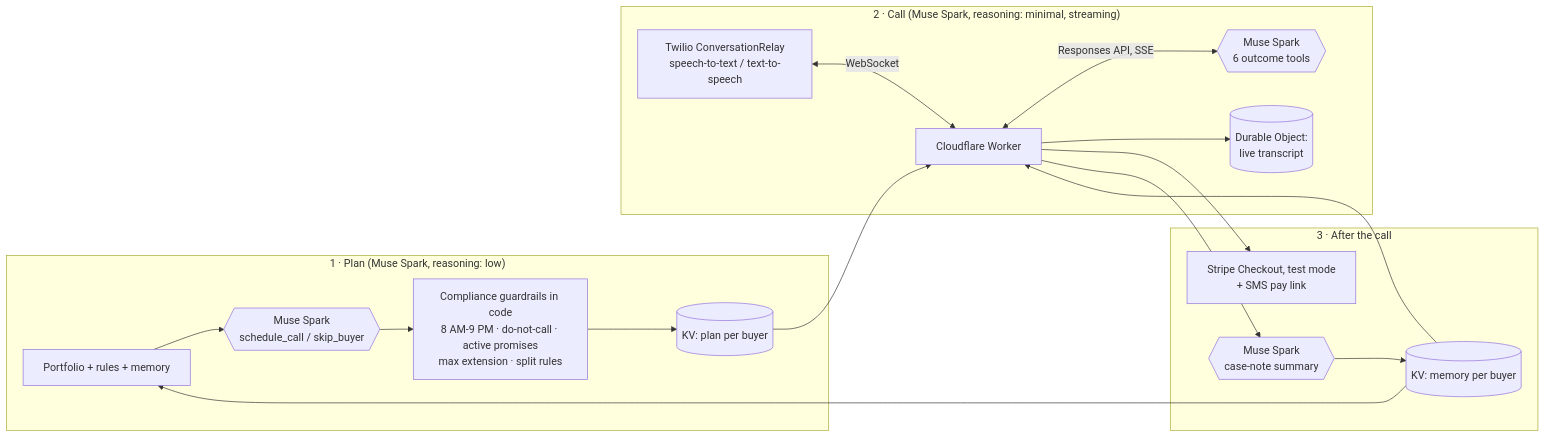
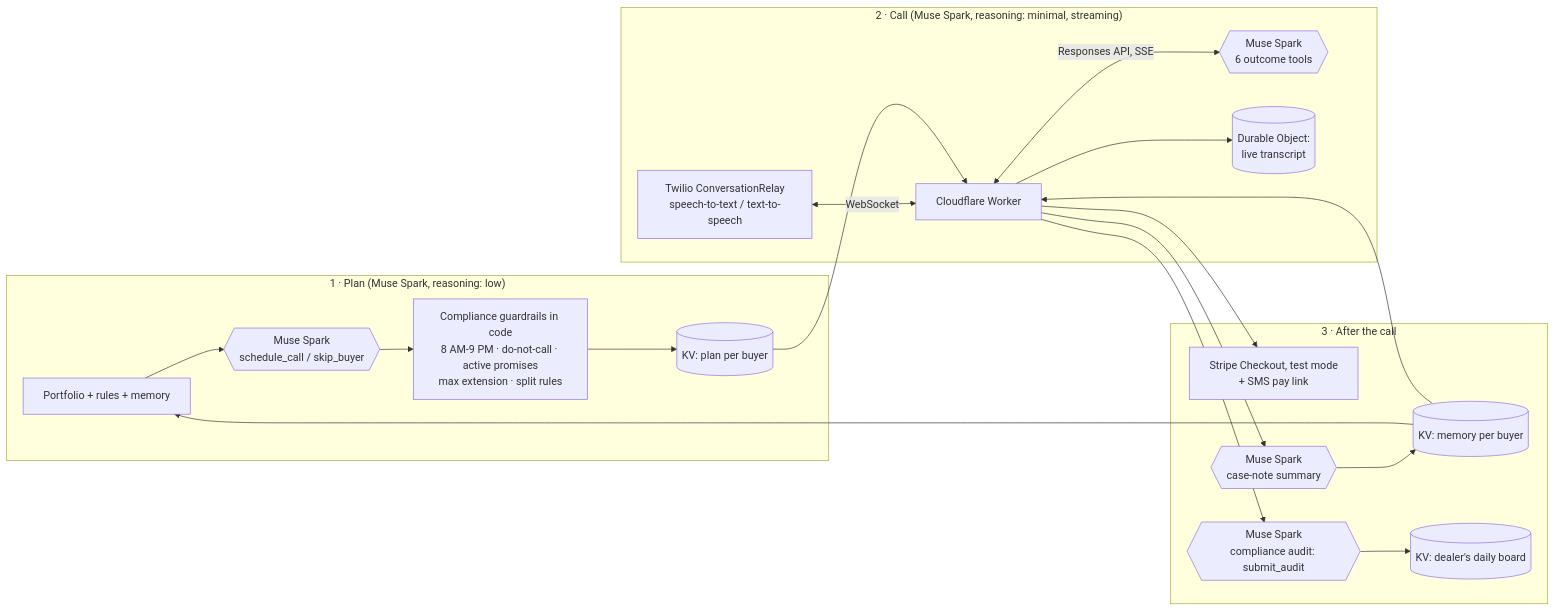
The diagram in README.md (Joarciniegas/paymind-voice-hackathon), drawn with Mermaid before and after one commit. The commit also changed other lines of this file and 5 other files, not shown here.

First line of the commit message:
Verifiable agent: Muse Spark compliance audit of every call + dealer's live daily board

````diff
--- a/README.md
+++ b/README.md
@@ -46,20 +48,21 @@
 ```mermaid
 flowchart LR
   subgraph Plan["1 · Plan (Muse Spark, reasoning: low)"]
     P[Portfolio + rules + memory] --> M1{{Muse Spark<br/>schedule_call / skip_buyer}}
     M1 --> G[Compliance guardrails in code<br/>8 AM-9 PM · do-not-call · active promises<br/>max extension · split rules]
     G --> KV1[(KV: plan per buyer)]
   end
   subgraph Call["2 · Call (Muse Spark, reasoning: minimal, streaming)"]
     T[Twilio ConversationRelay<br/>speech-to-text / text-to-speech] <-->|WebSocket| W[Cloudflare Worker]
     W <-->|Responses API, SSE| M2{{Muse Spark<br/>6 outcome tools}}
     W --> DO[(Durable Object:<br/>live transcript)]
   end
   subgraph After["3 · After the call"]
     W --> S[Stripe Checkout, test mode<br/>+ SMS pay link]
     W --> M3{{Muse Spark<br/>case-note summary}} --> KV2[(KV: memory per buyer)]
+    W --> M4{{Muse Spark<br/>compliance audit: submit_audit}} --> ST[(KV: dealer's daily board)]
   end
   KV1 --> W
   KV2 --> P
   KV2 --> W
 ```
````
